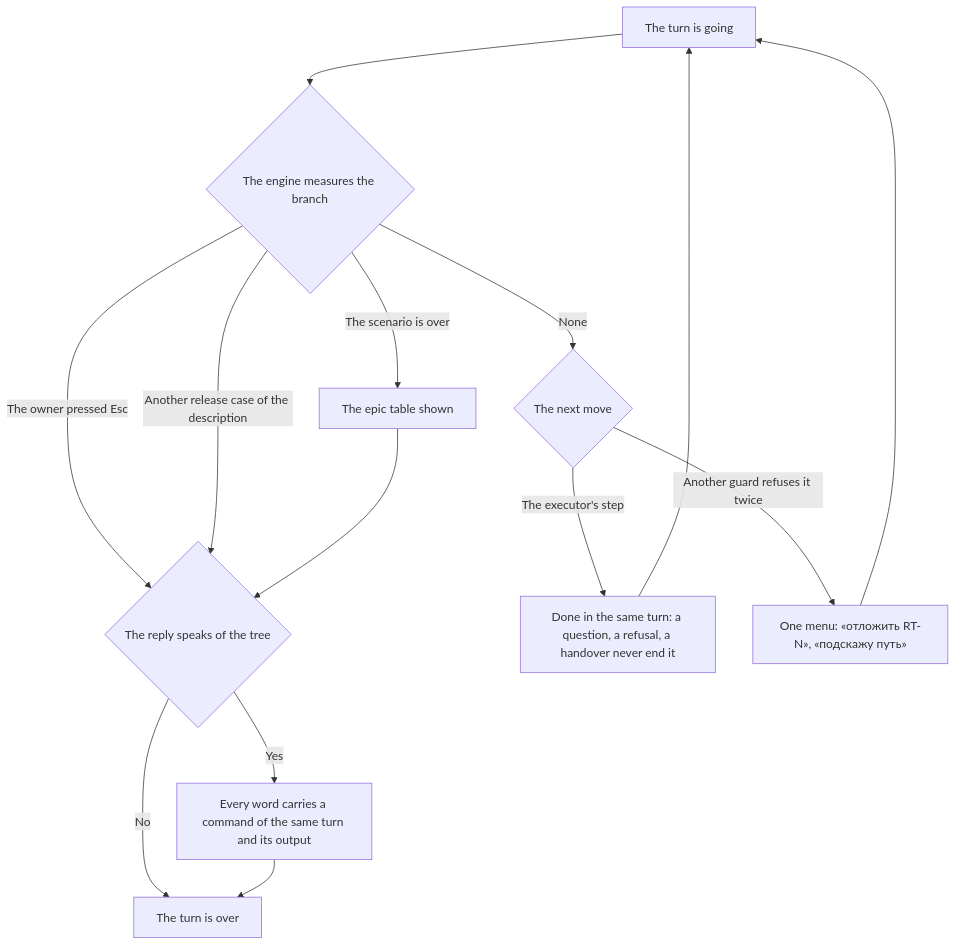
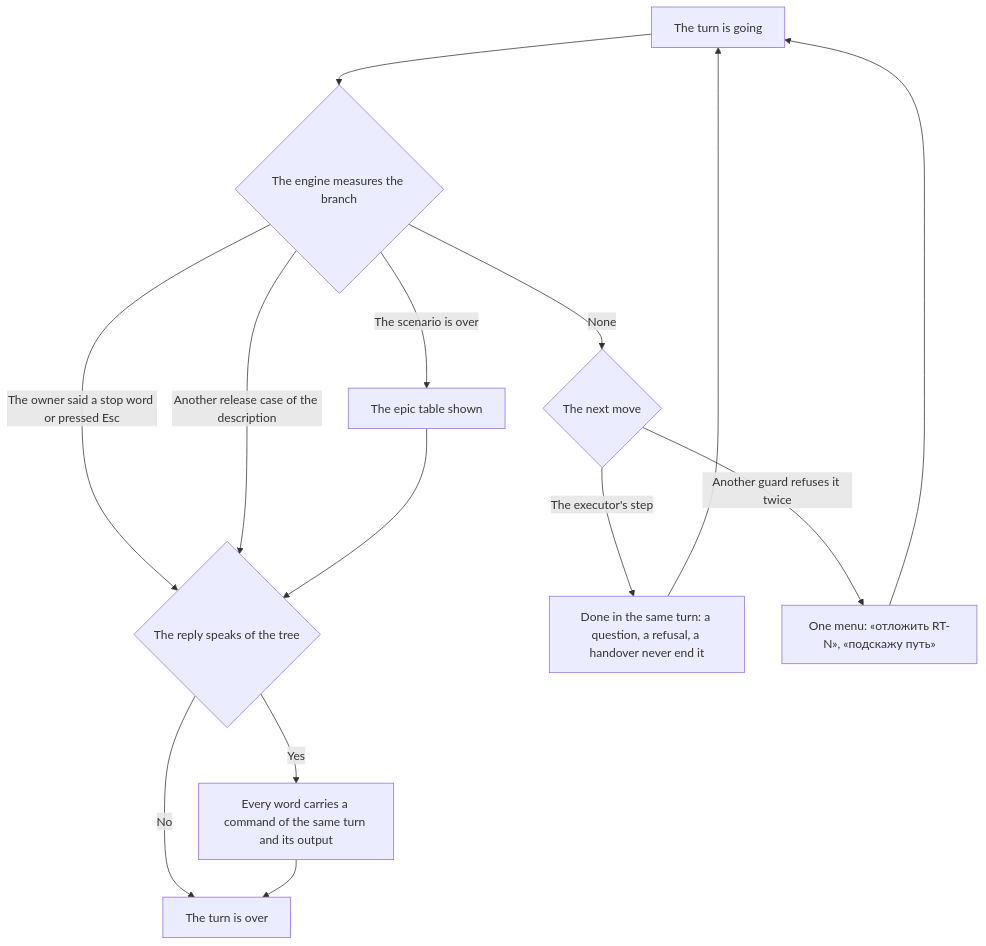
The diagram in .claude/skills/turn-conduct/SKILL.md (Eyhenij/rt-tools), drawn with Mermaid before and after one commit. The commit also changed other lines of this file and 66 other files, not shown here.

````diff
--- a/.claude/skills/turn-conduct/SKILL.md
+++ b/.claude/skills/turn-conduct/SKILL.md
@@ -76,16 +77,16 @@
 ```mermaid
 flowchart TD
     A[The turn is going] --> B{The engine measures the branch}
     B -->|The scenario is over| L[The epic table shown]
-    B -->|The owner pressed Esc| I
+    B -->|The owner said a stop word or pressed Esc| I
     B -->|Another release case of the description| I
     B -->|None| D{The next move}
     D -->|The executor's step| G[Done in the same turn: a question, a refusal, a handover never end it]
     D -->|Another guard refuses it twice| M[One menu: «отложить RT-N», «подскажу путь»]
     M --> A
     G --> A
     L --> I{The reply speaks of the tree}
     I -->|Yes| J[Every word carries a command of the same turn and its output]
     I -->|No| K[The turn is over]
     J --> K
 ```
````
